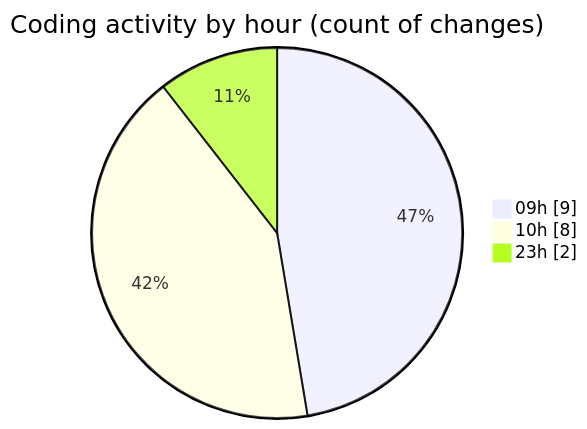
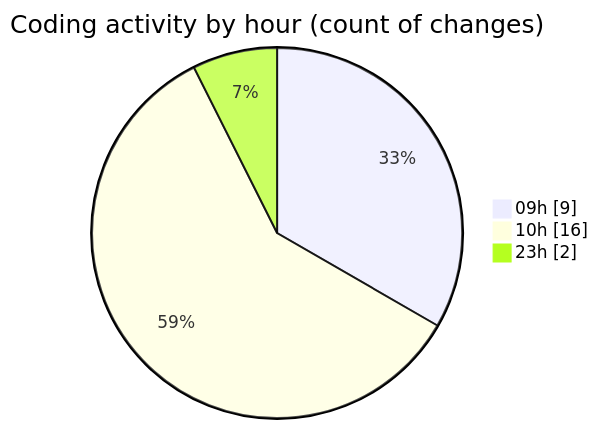
One commit to Elitesun/code-tracking changed the second of 2 diagrams in 2025-05-19/niten/README.md. Above: the diagram before and after it, drawn with Mermaid. The commit also changed other lines of this file and 1 other file, not shown here.

````diff
--- a/2025-05-19/niten/README.md
+++ b/2025-05-19/niten/README.md
@@ -33,7 +37,7 @@
 ```mermaid
 pie showData
 title Coding activity by hour (count of changes)
 "09h" : 9
-"10h" : 8
+"10h" : 16
 "23h" : 2
 ```
````
